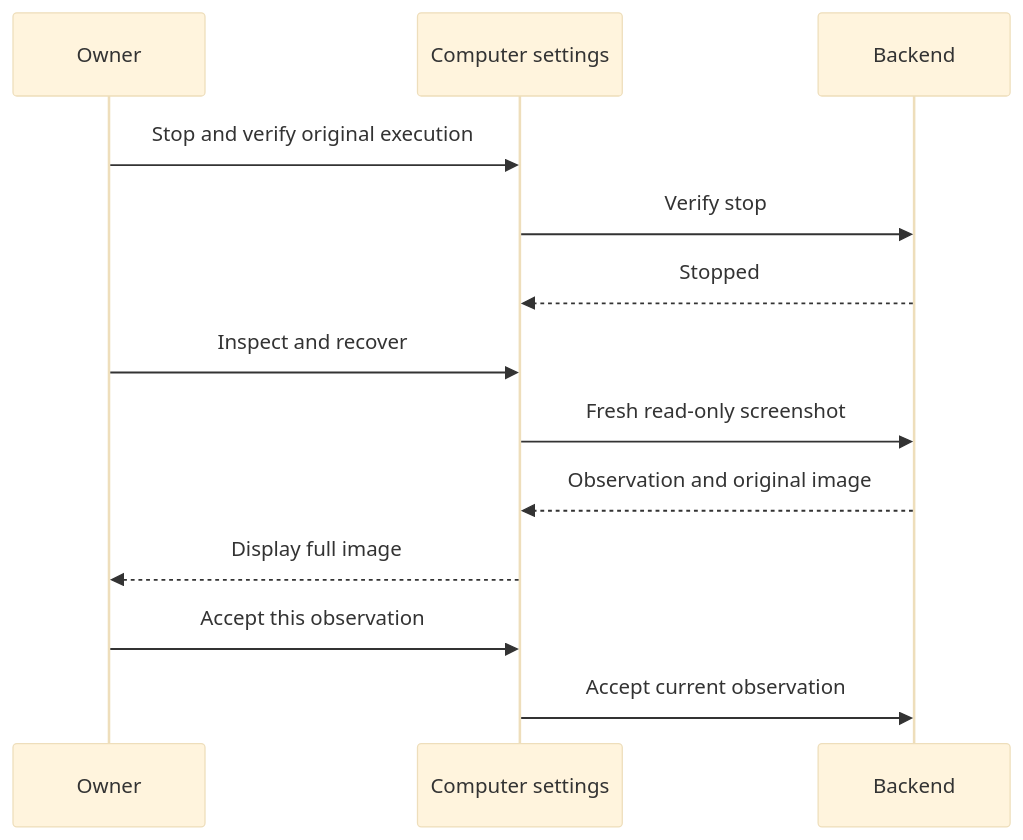
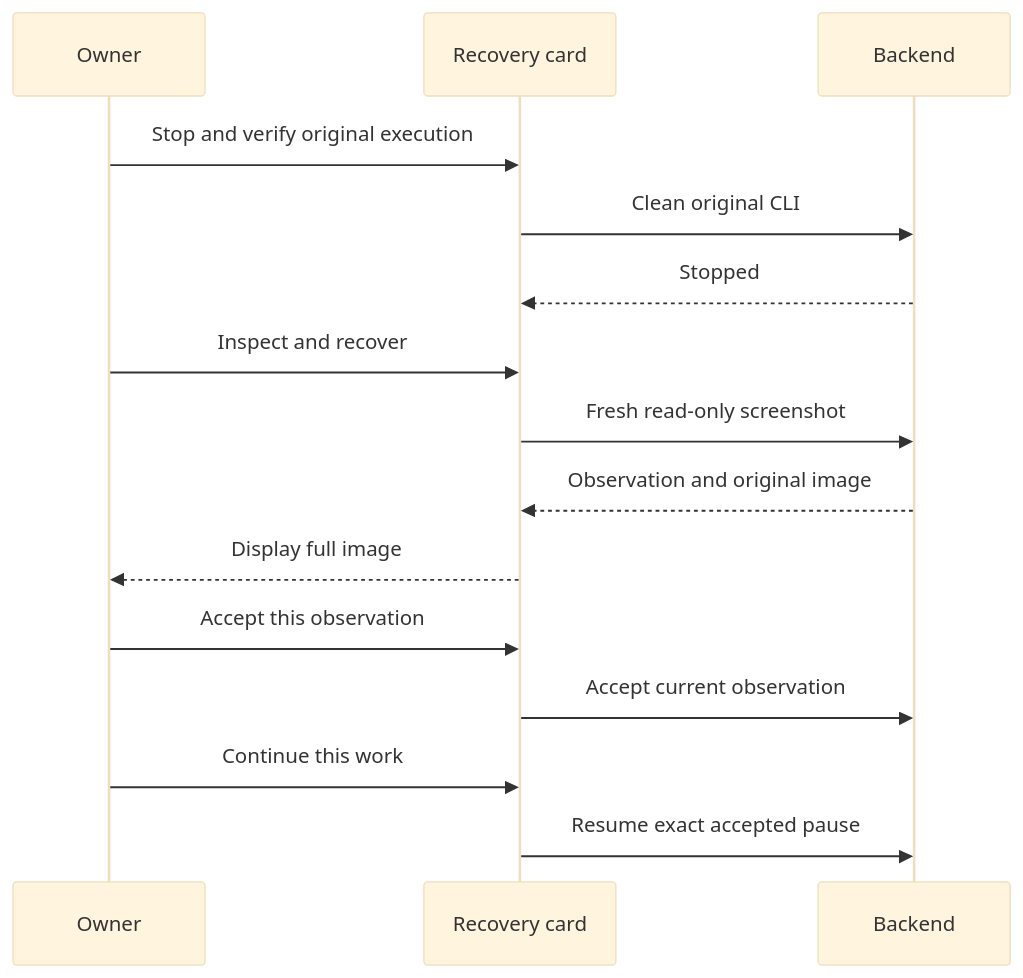
Before and after one commit to num-lab/Ruukoto: the third of 3 diagrams in docs/modules/desktop.md, drawn with Mermaid (base theme). The commit also changed other lines of this file and 57 other files, not shown here.

First line of the commit message:
feat(personal): complete M3 work decisions and recovery

````diff
--- a/docs/modules/desktop.md
+++ b/docs/modules/desktop.md
@@ -97,15 +103,17 @@
 ```mermaid
 sequenceDiagram
   participant Owner
-  participant UI as Computer settings
+  participant UI as Recovery card
   participant Backend
   Owner->>UI: Stop and verify original execution
-  UI->>Backend: Verify stop
+  UI->>Backend: Clean original CLI
   Backend-->>UI: Stopped
   Owner->>UI: Inspect and recover
   UI->>Backend: Fresh read-only screenshot
   Backend-->>UI: Observation and original image
   UI-->>Owner: Display full image
   Owner->>UI: Accept this observation
   UI->>Backend: Accept current observation
+  Owner->>UI: Continue this work
+  UI->>Backend: Resume exact accepted pause
 ```
````
